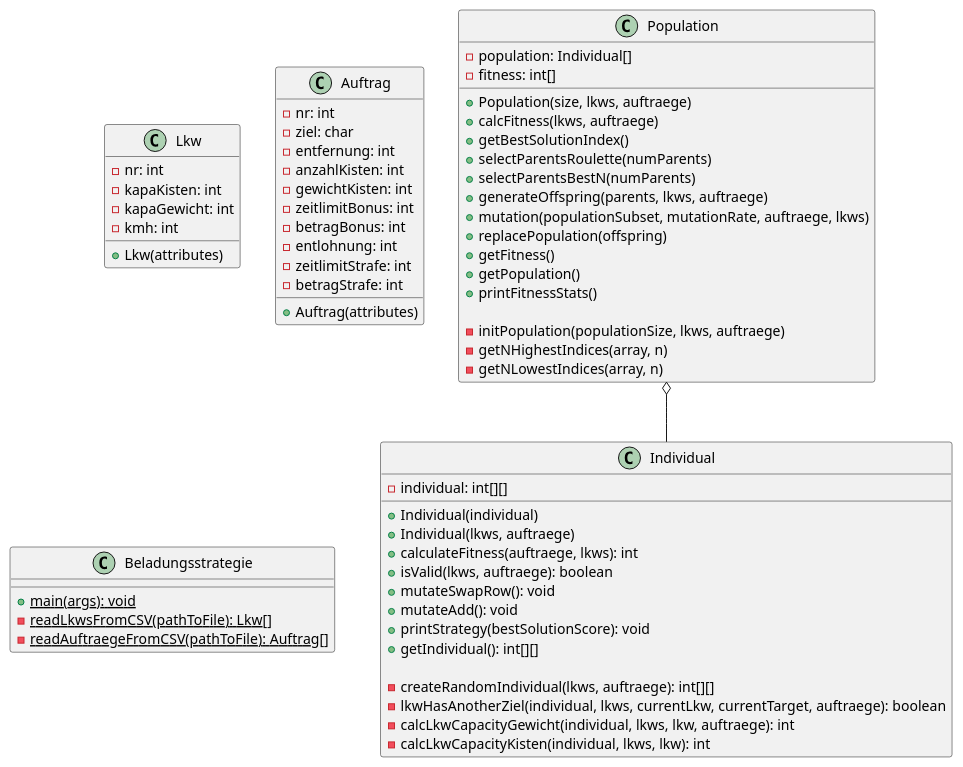
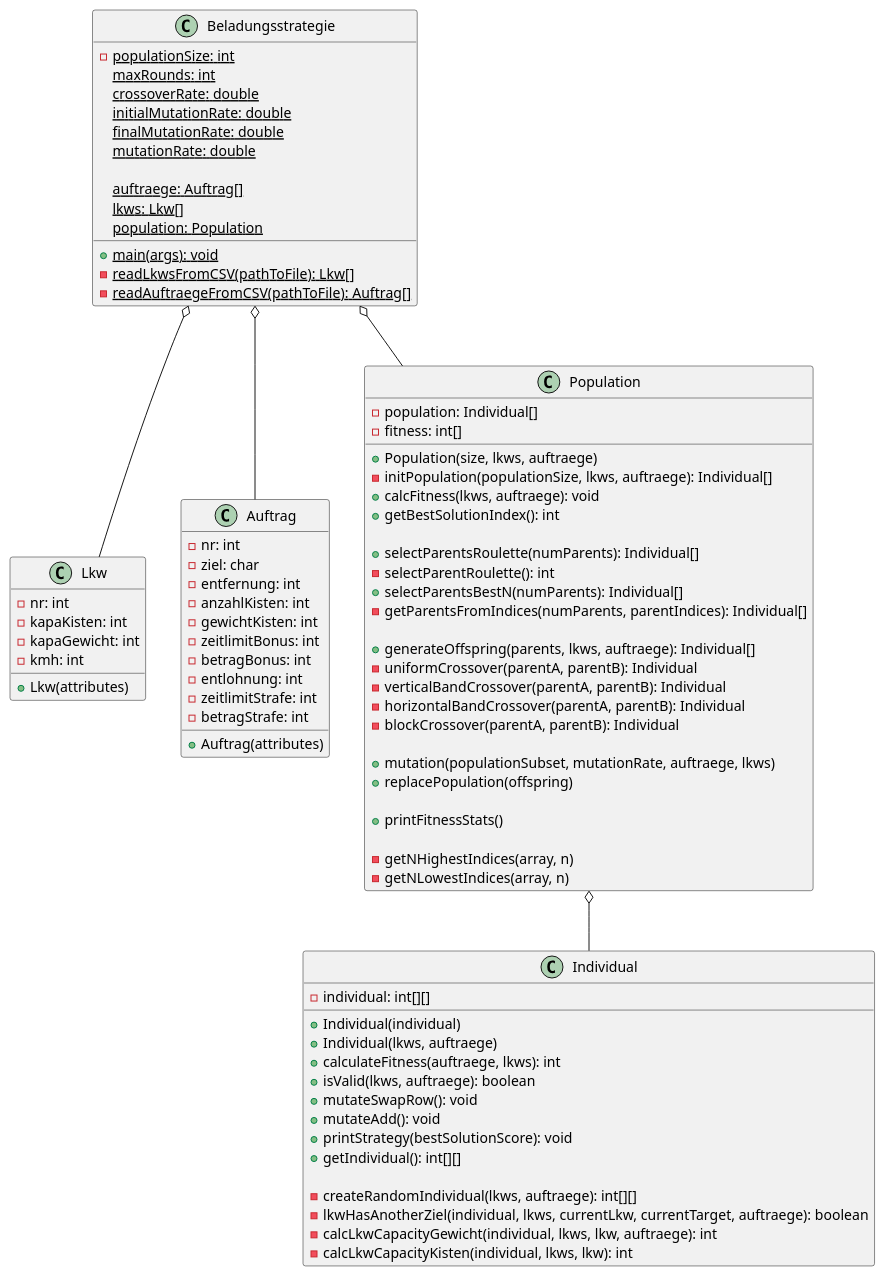
One commit to AnjaNiedermeier/geneticAlgorithmKI changed the diagram in uml.puml. Above: the diagram before and after it, drawn with PlantUML. The commit also changed 1 other file, not shown here.

```diff
--- a/uml.puml
+++ b/uml.puml
@@ -1,74 +1,95 @@
 @startuml
 
 class Lkw {
   - nr: int
   - kapaKisten: int
   - kapaGewicht: int
   - kmh: int
 
   + Lkw(attributes)
 }
 
 class Auftrag {
   - nr: int
   - ziel: char
   - entfernung: int
   - anzahlKisten: int
   - gewichtKisten: int
   - zeitlimitBonus: int
   - betragBonus: int
   - entlohnung: int
   - zeitlimitStrafe: int
   - betragStrafe: int
 
   + Auftrag(attributes)
 }
 
 class Beladungsstrategie {
+  - {static} populationSize: int
+  {static} maxRounds: int
+  {static} crossoverRate: double
+  {static} initialMutationRate: double
+  {static} finalMutationRate: double
+  {static} mutationRate: double
+
+  {static} auftraege: Auftrag[]
+  {static} lkws: Lkw[]
+  {static} population: Population
+
   + {static} main(args): void
   - {static} readLkwsFromCSV(pathToFile): Lkw[]
   - {static} readAuftraegeFromCSV(pathToFile): Auftrag[]
 }
 
 class Population {
   - population: Individual[]
   - fitness: int[]
 
   + Population(size, lkws, auftraege)
-  + calcFitness(lkws, auftraege)
-  + getBestSolutionIndex()
-  + selectParentsRoulette(numParents)
-  + selectParentsBestN(numParents)
-  + generateOffspring(parents, lkws, auftraege)
+  - initPopulation(populationSize, lkws, auftraege): Individual[]
+  + calcFitness(lkws, auftraege): void
+  + getBestSolutionIndex(): int
+
+  + selectParentsRoulette(numParents): Individual[]
+  - selectParentRoulette(): int
+  + selectParentsBestN(numParents): Individual[]
+  - getParentsFromIndices(numParents, parentIndices): Individual[]
+  
+  + generateOffspring(parents, lkws, auftraege): Individual[]
+  - uniformCrossover(parentA, parentB): Individual
+  - verticalBandCrossover(parentA, parentB): Individual
+  - horizontalBandCrossover(parentA, parentB): Individual
+  - blockCrossover(parentA, parentB): Individual
+
   + mutation(populationSubset, mutationRate, auftraege, lkws)
   + replacePopulation(offspring)
-  + getFitness()
-  + getPopulation()
+  
   + printFitnessStats()
 
-  - initPopulation(populationSize, lkws, auftraege)
   - getNHighestIndices(array, n)
   - getNLowestIndices(array, n)
 }
 
 class Individual {
   - individual: int[][]
 
   + Individual(individual)
   + Individual(lkws, auftraege)
   + calculateFitness(auftraege, lkws): int
   + isValid(lkws, auftraege): boolean
   + mutateSwapRow(): void
   + mutateAdd(): void
   + printStrategy(bestSolutionScore): void
   + getIndividual(): int[][]
 
   - createRandomIndividual(lkws, auftraege): int[][]
   - lkwHasAnotherZiel(individual, lkws, currentLkw, currentTarget, auftraege): boolean
   - calcLkwCapacityGewicht(individual, lkws, lkw, auftraege): int
   - calcLkwCapacityKisten(individual, lkws, lkw): int
 }
 
-
+Beladungsstrategie o-- Population
+Beladungsstrategie o-- Lkw
+Beladungsstrategie o-- Auftrag
 Population o-- Individual
 @enduml
```
